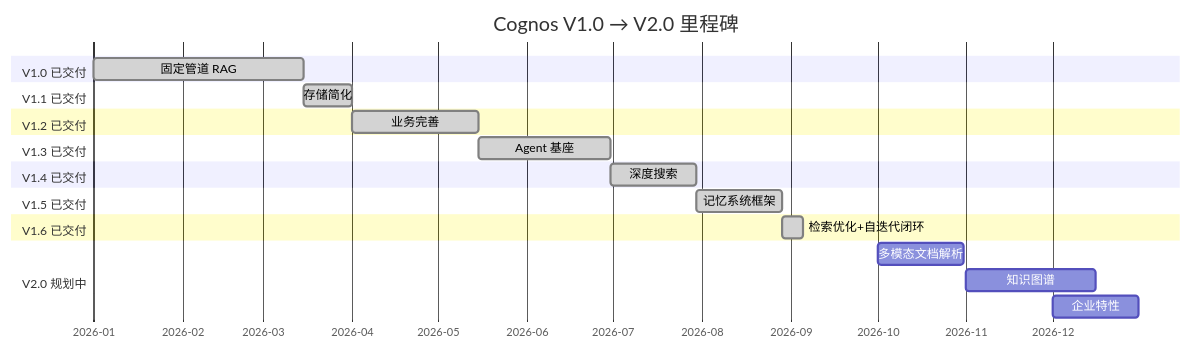
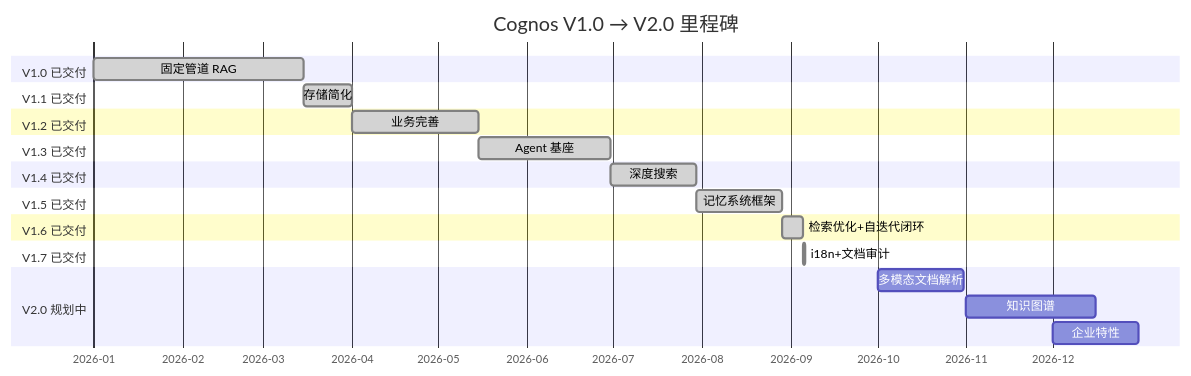
The fourth of 4 diagrams in docs/ROADMAP.md (int2t05/Cognik), drawn with Mermaid before and after one commit. The commit also changed other lines of this file and 1 other file, not shown here.

First line of the commit message:
docs: 评价短板入 TODO + ROADMAP V1.7/V2.0 补强

````diff
--- a/docs/ROADMAP.md
+++ b/docs/ROADMAP.md
@@ -444,32 +458,35 @@
 ```mermaid
 gantt
     title Cognos V1.0 → V2.0 里程碑
     dateFormat YYYY-MM-DD
     axisFormat %Y-%m
 
     section V1.0 已交付
     固定管道 RAG         :done, v1, 2026-01-01, 2026-03-15
 
     section V1.1 已交付
     存储简化             :done, v11, 2026-03-15, 2026-04-01
 
     section V1.2 已交付
     业务完善             :done, v12, 2026-04-01, 2026-05-15
 
     section V1.3 已交付
     Agent 基座           :done, v13, 2026-05-15, 2026-06-30
 
     section V1.4 已交付
     深度搜索             :done, v14, 2026-06-30, 30d
 
     section V1.5 已交付
     记忆系统框架         :done, v15, 2026-07-30, 30d
 
     section V1.6 已交付
     检索优化+自迭代闭环   :done, v16, 2026-08-29, 7d
 
+    section V1.7 已交付
+    i18n+文档审计        :done, v17, 2026-09-05, 1d
+
     section V2.0 规划中
     多模态文档解析       :v20a, 2026-10-01, 30d
     知识图谱             :v20b, 2026-11-01, 45d
     企业特性             :v20c, 2026-12-01, 30d
 ```
````
